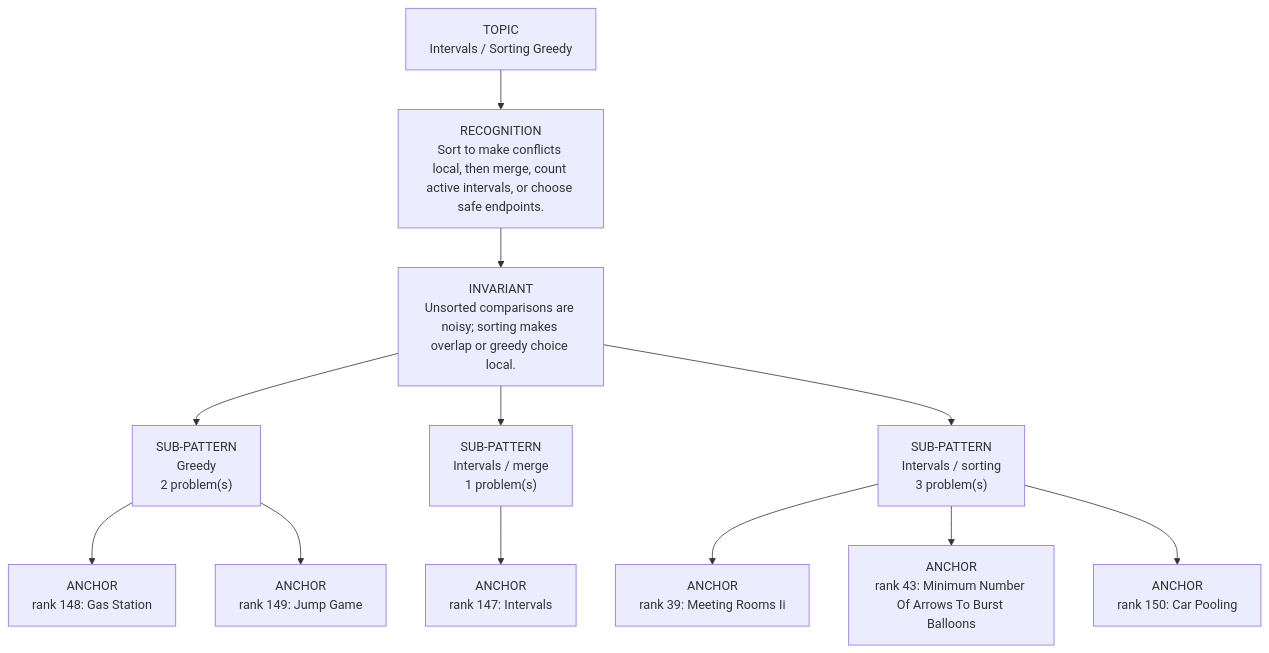
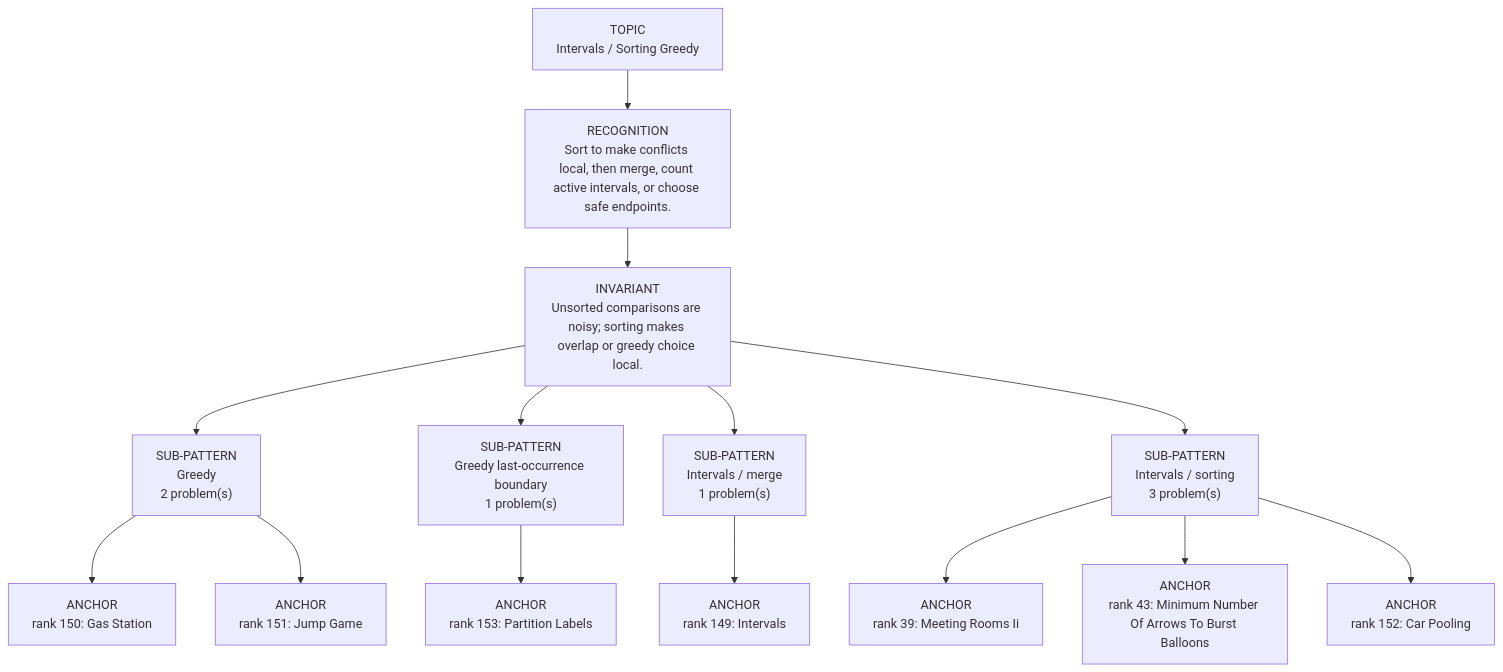
One commit to thechiranjeevjain/DSA10days changed the diagram in dsa-review/interview/patterns/16_intervals_greedy.md. Above: the diagram before and after it, drawn with Mermaid. The commit also changed other lines of this file and 30 other files, not shown here.

````diff
--- a/dsa-review/interview/patterns/16_intervals_greedy.md
+++ b/dsa-review/interview/patterns/16_intervals_greedy.md
@@ -15,16 +15,18 @@
 ```mermaid
 flowchart TD
   Topic["TOPIC<br/>Intervals / Sorting Greedy"]
   Recognition["RECOGNITION<br/>Sort to make conflicts local, then merge, count active intervals, or choose safe endpoints."]
   Invariant["INVARIANT<br/>Unsorted comparisons are noisy; sorting makes overlap or greedy choice local."]
   Topic --> Recognition --> Invariant
   Invariant --> Sub01["SUB-PATTERN<br/>Greedy<br/>2 problem(s)"]
-  Sub01 --> Sub01A01["ANCHOR<br/>rank 148: Gas Station"]
-  Sub01 --> Sub01A02["ANCHOR<br/>rank 149: Jump Game"]
-  Invariant --> Sub02["SUB-PATTERN<br/>Intervals / merge<br/>1 problem(s)"]
-  Sub02 --> Sub02A01["ANCHOR<br/>rank 147: Intervals"]
-  Invariant --> Sub03["SUB-PATTERN<br/>Intervals / sorting<br/>3 problem(s)"]
-  Sub03 --> Sub03A01["ANCHOR<br/>rank 39: Meeting Rooms Ii"]
-  Sub03 --> Sub03A02["ANCHOR<br/>rank 43: Minimum Number Of Arrows To Burst Balloons"]
-  Sub03 --> Sub03A03["ANCHOR<br/>rank 150: Car Pooling"]
+  Sub01 --> Sub01A01["ANCHOR<br/>rank 150: Gas Station"]
+  Sub01 --> Sub01A02["ANCHOR<br/>rank 151: Jump Game"]
+  Invariant --> Sub02["SUB-PATTERN<br/>Greedy last-occurrence boundary<br/>1 problem(s)"]
+  Sub02 --> Sub02A01["ANCHOR<br/>rank 153: Partition Labels"]
+  Invariant --> Sub03["SUB-PATTERN<br/>Intervals / merge<br/>1 problem(s)"]
+  Sub03 --> Sub03A01["ANCHOR<br/>rank 149: Intervals"]
+  Invariant --> Sub04["SUB-PATTERN<br/>Intervals / sorting<br/>3 problem(s)"]
+  Sub04 --> Sub04A01["ANCHOR<br/>rank 39: Meeting Rooms Ii"]
+  Sub04 --> Sub04A02["ANCHOR<br/>rank 43: Minimum Number Of Arrows To Burst Balloons"]
+  Sub04 --> Sub04A03["ANCHOR<br/>rank 152: Car Pooling"]
 ```
````
